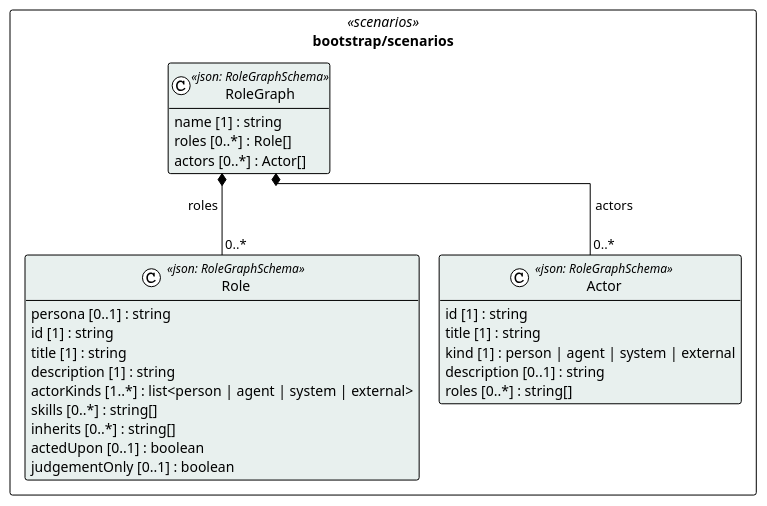
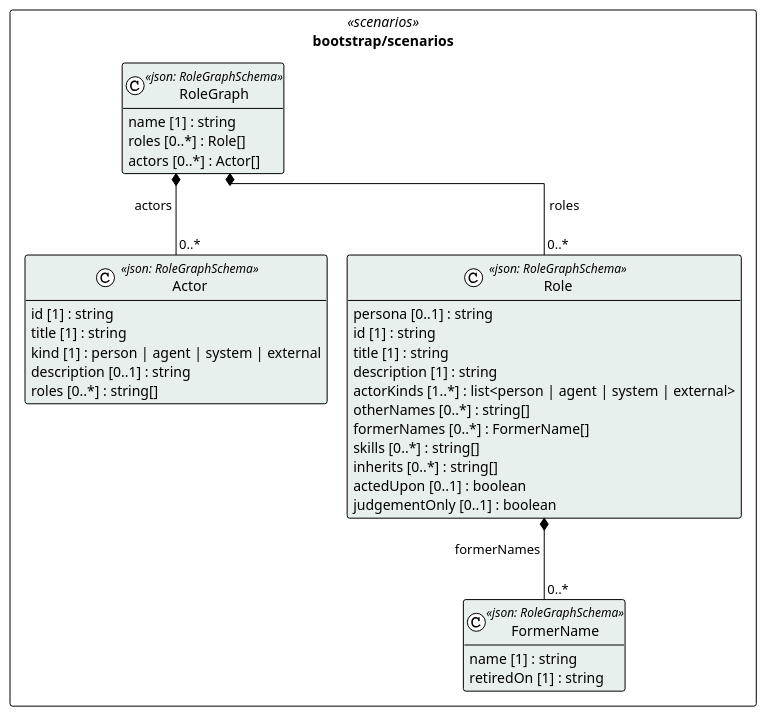
The diagram in cat-harness/uml/overview/bootstrap/scenarios.puml (litlfred/folio-assistant), drawn with PlantUML before and after one commit. The commit also changed 45 other files, not shown here.

First line of the commit message:
Roles carry their other and former names; bootstrap README shows them (owner, 2026-09-30)

```diff
--- a/cat-harness/uml/overview/bootstrap/scenarios.puml
+++ b/cat-harness/uml/overview/bootstrap/scenarios.puml
@@ -3,37 +3,44 @@
 @startuml bootstrap_scenarios
 !pragma layout elk
 !theme plain
 skinparam classAttributeIconSize 0
 skinparam shadowing false
 skinparam packageStyle rectangle
 hide empty methods
 
 package "bootstrap/scenarios" as pkg_bootstrap_scenarios <<scenarios>> {
+  class "FormerName" as bootstrap_scenarios_FormerName <<json: RoleGraphSchema>> #e8f0ee {
+    name [1] : string
+    retiredOn [1] : string
+  }
   class "Role" as bootstrap_scenarios_Role <<json: RoleGraphSchema>> #e8f0ee {
     persona [0..1] : string
     id [1] : string
     title [1] : string
     description [1] : string
     actorKinds [1..*] : list<person | agent | system | external>
+    otherNames [0..*] : string[]
+    formerNames [0..*] : FormerName[]
     skills [0..*] : string[]
     inherits [0..*] : string[]
     actedUpon [0..1] : boolean
     judgementOnly [0..1] : boolean
   }
   class "Actor" as bootstrap_scenarios_Actor <<json: RoleGraphSchema>> #e8f0ee {
     id [1] : string
     title [1] : string
     kind [1] : person | agent | system | external
     description [0..1] : string
     roles [0..*] : string[]
   }
   class "RoleGraph" as bootstrap_scenarios_RoleGraph <<json: RoleGraphSchema>> #e8f0ee {
     name [1] : string
     roles [0..*] : Role[]
     actors [0..*] : Actor[]
   }
 }
 
+bootstrap_scenarios_Role *-- "0..*" bootstrap_scenarios_FormerName : formerNames
 bootstrap_scenarios_RoleGraph *-- "0..*" bootstrap_scenarios_Role : roles
 bootstrap_scenarios_RoleGraph *-- "0..*" bootstrap_scenarios_Actor : actors
 @enduml
```
